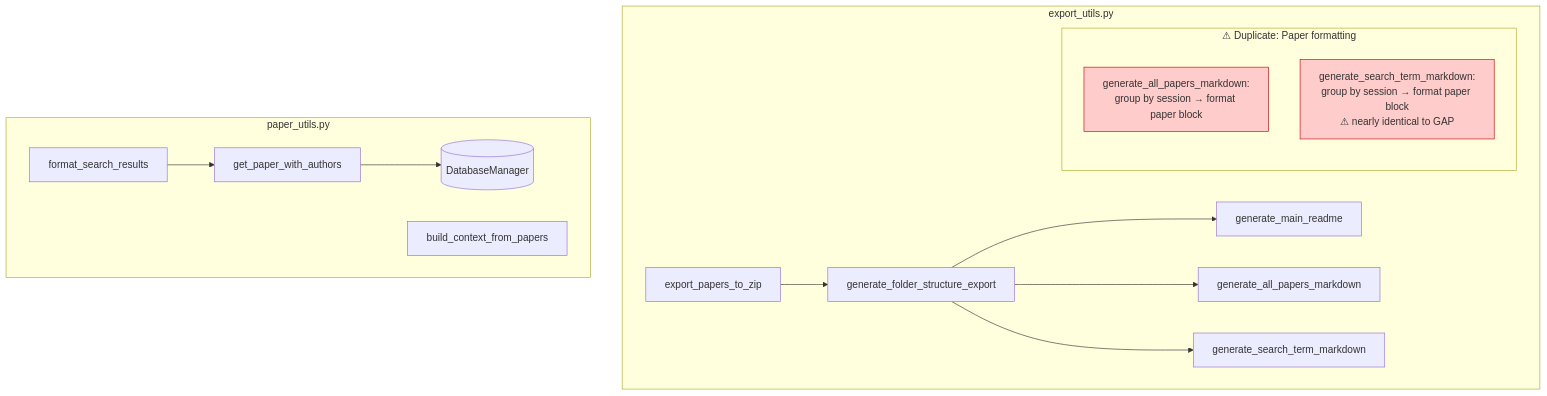
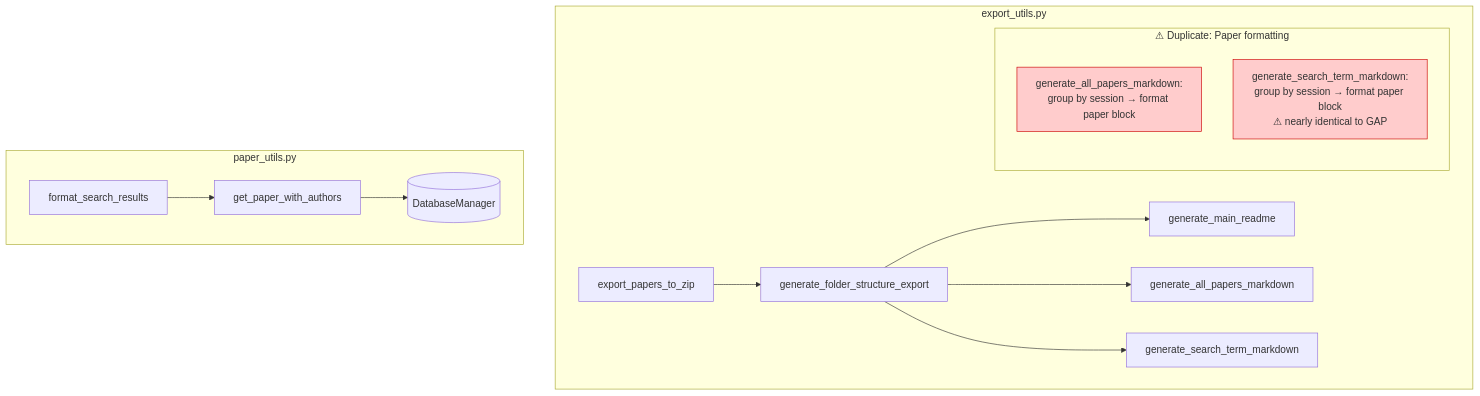
The eighth of 9 diagrams in docs/architecture.md (thawn/abstracts-explorer), drawn with Mermaid before and after one commit. The commit also changed other lines of this file and 46 other files, not shown here.

````diff
--- a/docs/architecture.md
+++ b/docs/architecture.md
@@ -480,23 +476,22 @@
 ```{mermaid}
 graph TD
     subgraph "export_utils.py"
         EXP["export_papers_to_zip"] --> GFS["generate_folder_structure_export"]
         GFS --> GMR["generate_main_readme"]
         GFS --> GAP["generate_all_papers_markdown"]
         GFS --> GST["generate_search_term_markdown"]
 
         subgraph "⚠ Duplicate: Paper formatting"
             GAP_F["generate_all_papers_markdown:<br/>group by session → format paper block"]
             GST_F["generate_search_term_markdown:<br/>group by session → format paper block<br/>⚠ nearly identical to GAP"]
         end
     end
 
     subgraph "paper_utils.py"
         GPA["get_paper_with_authors"] --> DB[(DatabaseManager)]
         FSR["format_search_results"] --> GPA
-        BCP["build_context_from_papers"]
     end
 
     style GAP_F fill:#ffcccc,stroke:#cc0000
     style GST_F fill:#ffcccc,stroke:#cc0000
 ```
````
